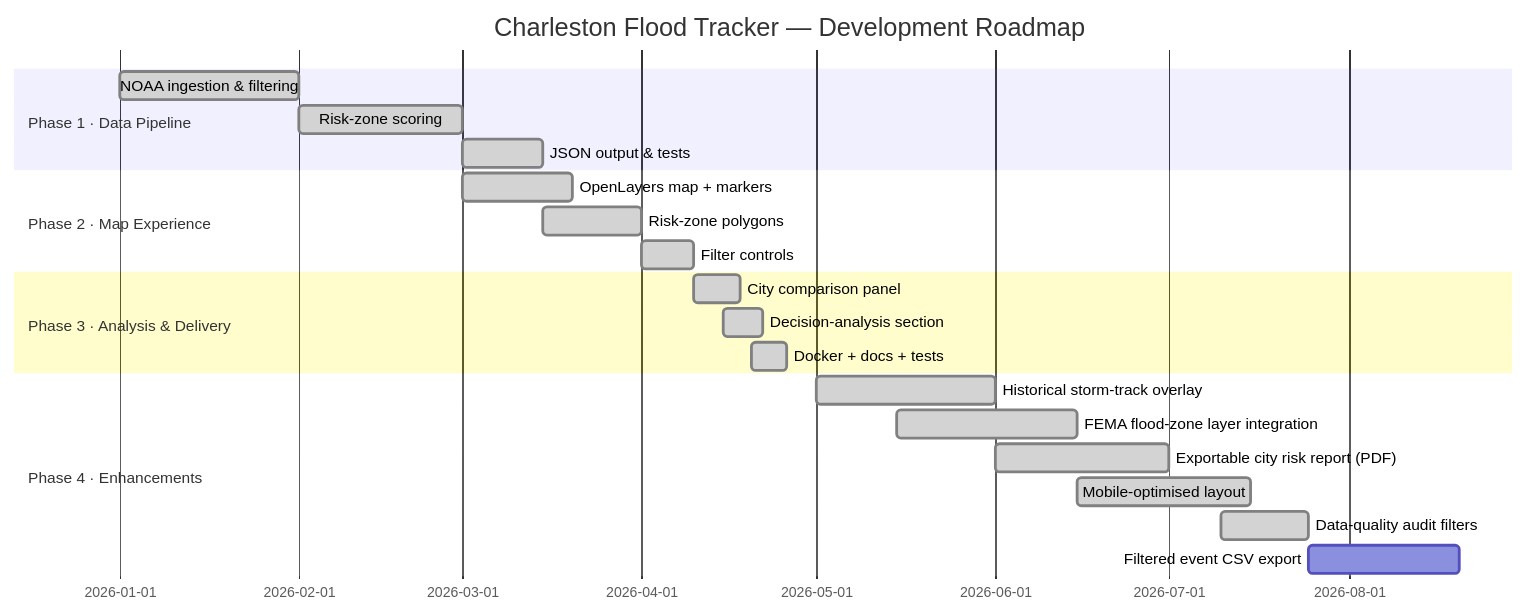
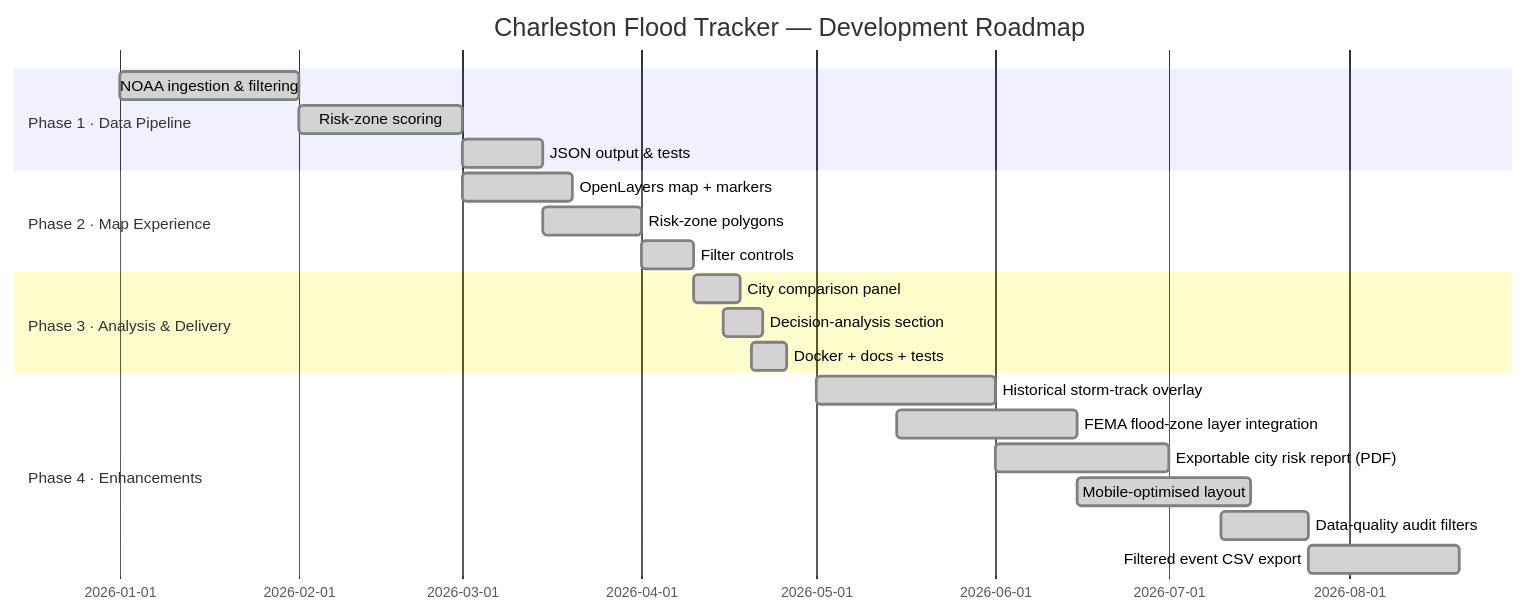
The fifth of 6 diagrams in README.md (hkevin01/charleston-flood-history-tracker), drawn with Mermaid before and after one commit. The commit also changed other lines of this file and 2 other files, not shown here.

Commit message:
Add filtered event CSV export functionality and update project plan

````diff
--- a/README.md
+++ b/README.md
@@ -433,24 +433,24 @@
 ```mermaid
 gantt
     title Charleston Flood Tracker — Development Roadmap
     dateFormat  YYYY-MM-DD
     section Phase 1 · Data Pipeline
         NOAA ingestion & filtering   :done,    p1a, 2026-01-01, 2026-02-01
         Risk-zone scoring            :done,    p1b, 2026-02-01, 2026-03-01
         JSON output & tests          :done,    p1c, 2026-03-01, 2026-03-15
     section Phase 2 · Map Experience
         OpenLayers map + markers     :done,    p2a, 2026-03-01, 2026-03-20
         Risk-zone polygons           :done,    p2b, 2026-03-15, 2026-04-01
         Filter controls              :done,    p2c, 2026-04-01, 2026-04-10
     section Phase 3 · Analysis & Delivery
         City comparison panel        :done,    p3a, 2026-04-10, 2026-04-18
         Decision-analysis section    :done,    p3b, 2026-04-15, 2026-04-22
         Docker + docs + tests        :done,    p3c, 2026-04-20, 2026-04-26
     section Phase 4 · Enhancements
       Historical storm-track overlay    :done,    p4a, 2026-05-01, 2026-06-01
       FEMA flood-zone layer integration :done,    p4b, 2026-05-15, 2026-06-15
       Exportable city risk report (PDF) :done,    p4c, 2026-06-01, 2026-07-01
       Mobile-optimised layout           :done,    p4d, 2026-06-15, 2026-07-15
       Data-quality audit filters        :done,    p4e, 2026-07-10, 2026-07-25
-      Filtered event CSV export         :         p4f, 2026-07-25, 2026-08-20
+      Filtered event CSV export         :done,    p4f, 2026-07-25, 2026-08-20
 ```
````
